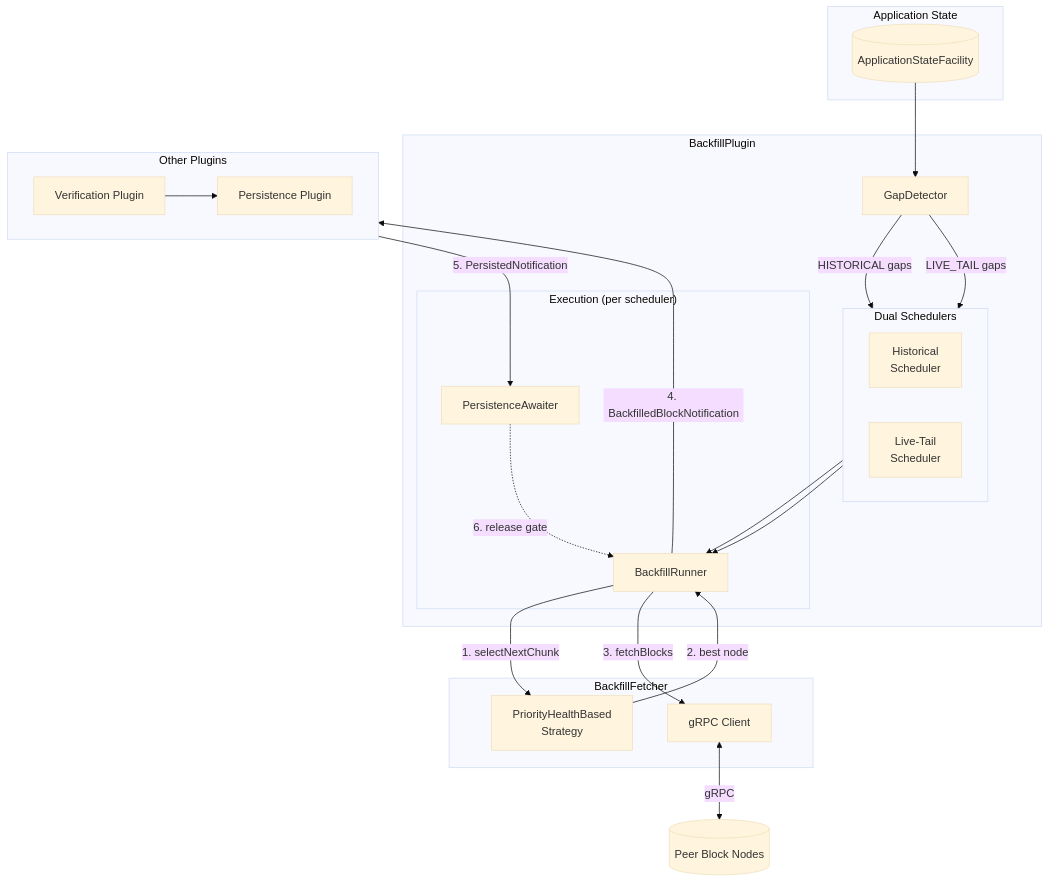
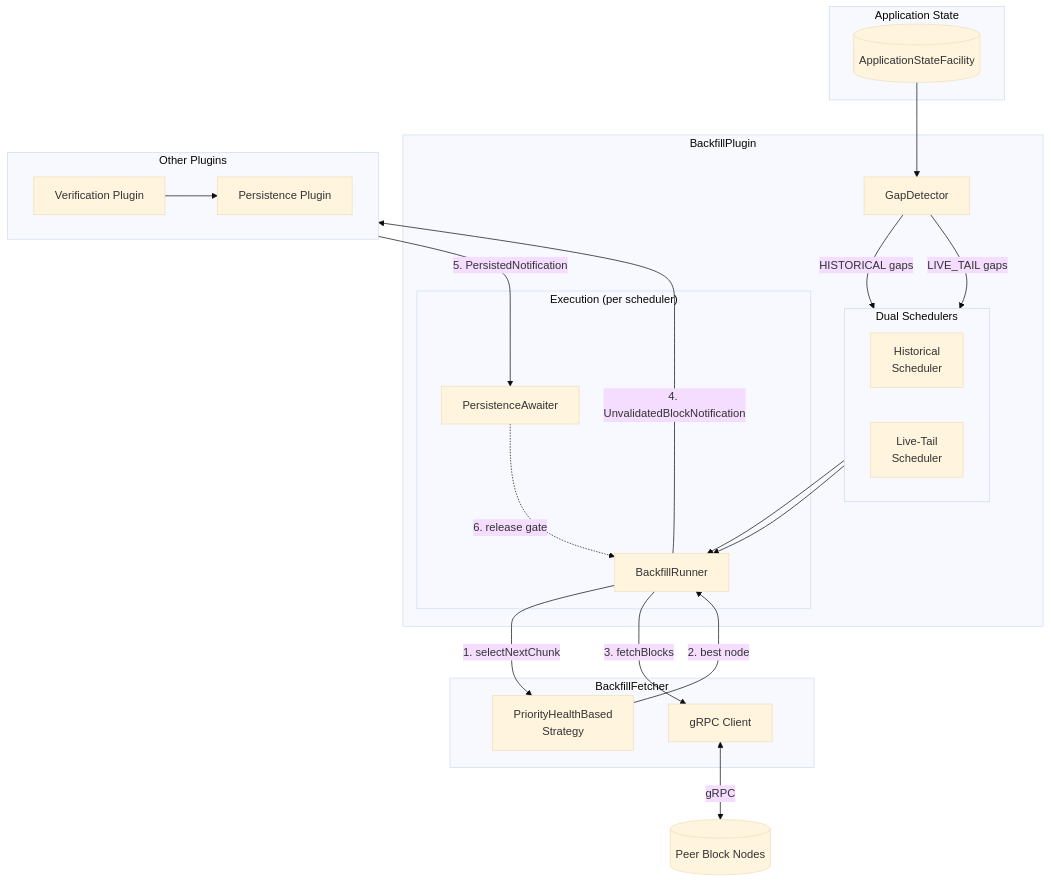
Before and after one commit to hiero-ledger/hiero-block-node: the first of 4 diagrams in docs/design/backfill-plugin.md, drawn with Mermaid (base theme). The commit also changed other lines of this file and 26 other files, not shown here.

Commit message:
4122 Rename the backfilled block notification to a source agnostic unvalidated block notification

````diff
--- a/docs/design/backfill-plugin.md
+++ b/docs/design/backfill-plugin.md
@@ -88,55 +88,55 @@
 ```mermaid
 flowchart TB
   subgraph Storage["Application State"]
     ST[("ApplicationStateFacility")]
   end
 
   subgraph Plugin["BackfillPlugin"]
     GD["GapDetector"]
 
     subgraph Schedulers["Dual Schedulers"]
       direction LR
       HS["Historical<br/>Scheduler"]
       LS["Live-Tail<br/>Scheduler"]
     end
 
     subgraph Execution["Execution (per scheduler)"]
       RNR["BackfillRunner"]
       AWT["PersistenceAwaiter"]
     end
   end
 
   subgraph Fetcher["BackfillFetcher"]
     SEL["PriorityHealthBased<br/>Strategy"]
     CLI["gRPC Client"]
   end
 
   PEER[("Peer Block Nodes")]
 
   subgraph Plugins["Other Plugins"]
     direction LR
     VER["Verification Plugin"]
     PERS["Persistence Plugin"]
   end
 
   %% Gap detection flow
   ST --> GD
   GD -->|"HISTORICAL gaps"| HS
   GD -->|"LIVE_TAIL gaps"| LS
 
   %% Execution flow
   HS --> RNR
   LS --> RNR
   RNR -->|"1. selectNextChunk"| SEL
   SEL -->|"2. best node"| RNR
   RNR -->|"3. fetchBlocks"| CLI
   CLI <-->|"gRPC"| PEER
 
   %% Dispatch flow
-  RNR -->|"4. BackfilledBlockNotification"| VER
+  RNR -->|"4. UnvalidatedBlockNotification"| VER
   VER --> PERS
 
   %% Backpressure flow
   PERS -->|"5. PersistedNotification"| AWT
   AWT -.->|"6. release gate"| RNR
 ```
````
